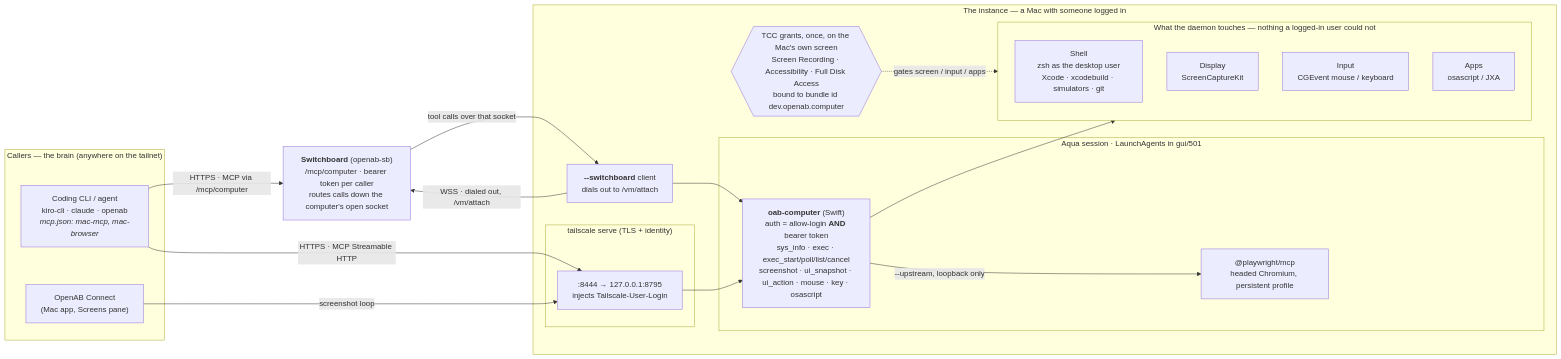
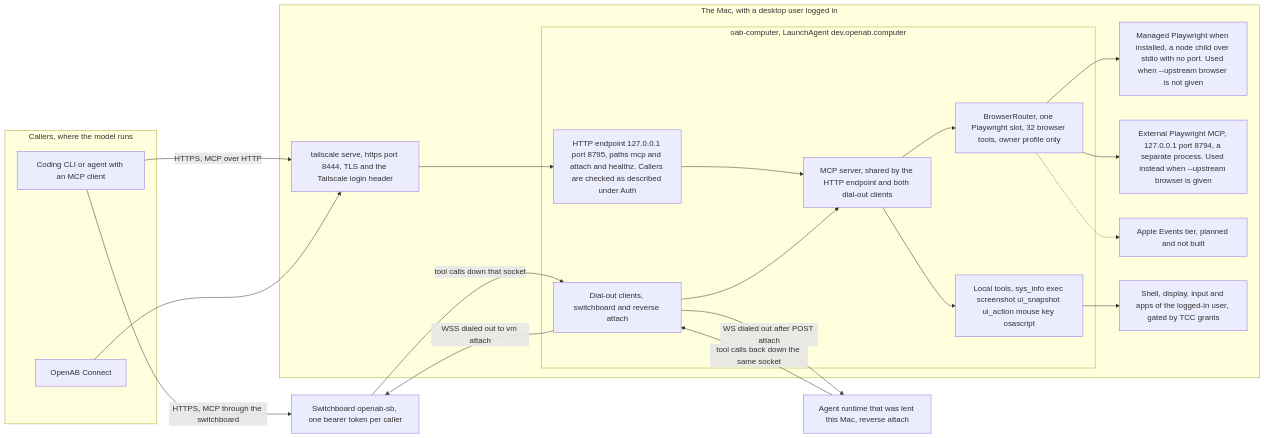
One commit to openabdev/openab-computer changed the first of 2 diagrams in README.md. Above: the diagram before and after it, drawn with Mermaid. The commit also changed other lines of this file and 15 other files, not shown here.

First line of the commit message:
docs: update for 0.12.0, upgrade guide, browser tools guide, mermaid diagrams (#134)

````diff
--- a/README.md
+++ b/README.md
@@ -22,38 +27,42 @@
 ```mermaid
 flowchart LR
-    subgraph callers["Callers — the brain (anywhere on the tailnet)"]
-        cli["Coding CLI / agent<br/>kiro-cli · claude · openab<br/><i>mcp.json: mac-mcp, mac-browser</i>"]
-        connect["OpenAB Connect<br/>(Mac app, Screens pane)"]
+    subgraph callers["Callers, where the model runs"]
+        cli["Coding CLI or agent with an MCP client"]
+        connect["OpenAB Connect"]
     end
 
-    sb["<b>Switchboard</b> (openab-sb)<br/>/mcp/computer · bearer token per caller<br/>routes calls down the computer's open socket"]
+    sb["Switchboard openab-sb, one bearer token per caller"]
+    rt["Agent runtime that was lent this Mac, reverse attach"]
 
-    subgraph mac["The instance — a Mac with someone logged in"]
-        subgraph ts["tailscale serve (TLS + identity)"]
-            s8444[":8444 → 127.0.0.1:8795<br/>injects Tailscale-User-Login"]
+    subgraph mac["The Mac, with a desktop user logged in"]
+        ts["tailscale serve, https port 8444, TLS and the Tailscale login header"]
+        subgraph app["oab-computer, LaunchAgent dev.openab.computer"]
+            ep["HTTP endpoint 127.0.0.1 port 8795, paths mcp and attach and healthz. Callers are checked as described under Auth"]
+            mcp["MCP server, shared by the HTTP endpoint and both dial-out clients"]
+            tools["Local tools, sys_info exec screenshot ui_snapshot ui_action mouse key osascript"]
+            router["BrowserRouter, one Playwright slot, 32 browser tools, owner profile only"]
+            dial["Dial-out clients, switchboard and reverse attach"]
         end
-        subgraph gui["Aqua session · LaunchAgents in gui/501"]
-            mcp["<b>oab-computer</b> (Swift)<br/>auth = allow-login <b>AND</b> bearer token<br/>sys_info · exec · exec_start/poll/list/cancel<br/>screenshot · ui_snapshot · ui_action · mouse · key · osascript"]
-            pw["@playwright/mcp<br/>headed Chromium, persistent profile"]
-        end
-        dial["<b>--switchboard</b> client<br/>dials out to /vm/attach"]
-        subgraph hands["What the daemon touches — nothing a logged-in user could not"]
-            shell["Shell<br/>zsh as the desktop user<br/>Xcode · xcodebuild · simulators · git"]
-            screen["Display<br/>ScreenCaptureKit"]
-            input["Input<br/>CGEvent mouse / keyboard"]
-            apps["Apps<br/>osascript / JXA"]
-        end
-        tcc{{"TCC grants, once, on the Mac's own screen<br/>Screen Recording · Accessibility · Full Disk Access<br/>bound to bundle id dev.openab.computer"}}
+        managed["Managed Playwright when installed, a node child over stdio with no port. Used when --upstream browser is not given"]
+        ext["External Playwright MCP, 127.0.0.1 port 8794, a separate process. Used instead when --upstream browser is given"]
+        ae["Apple Events tier, planned and not built"]
+        os["Shell, display, input and apps of the logged-in user, gated by TCC grants"]
     end
 
-    cli -- "HTTPS · MCP Streamable HTTP" --> s8444
-    connect -- "screenshot loop" --> s8444
-    cli -- "HTTPS · MCP via /mcp/computer" --> sb
-    dial -- "WSS · dialed out, /vm/attach" --> sb
-    sb -- "tool calls over that socket" --> dial
+    cli -- "HTTPS, MCP over HTTP" --> ts
+    connect --> ts
+    ts --> ep
+    cli -- "HTTPS, MCP through the switchboard" --> sb
+    dial -- "WSS dialed out to vm attach" --> sb
+    sb -- "tool calls down that socket" --> dial
+    dial -- "WS dialed out after POST attach" --> rt
+    rt -- "tool calls back down the same socket" --> dial
+    ep --> mcp
     dial --> mcp
-    s8444 --> mcp
-    mcp -- "--upstream, loopback only" --> pw
-    mcp --> hands
-    tcc -. "gates screen / input / apps" .-> hands
+    mcp --> tools
+    mcp --> router
+    router --> managed
+    router --> ext
+    router -.-> ae
+    tools --> os
 ```
````
